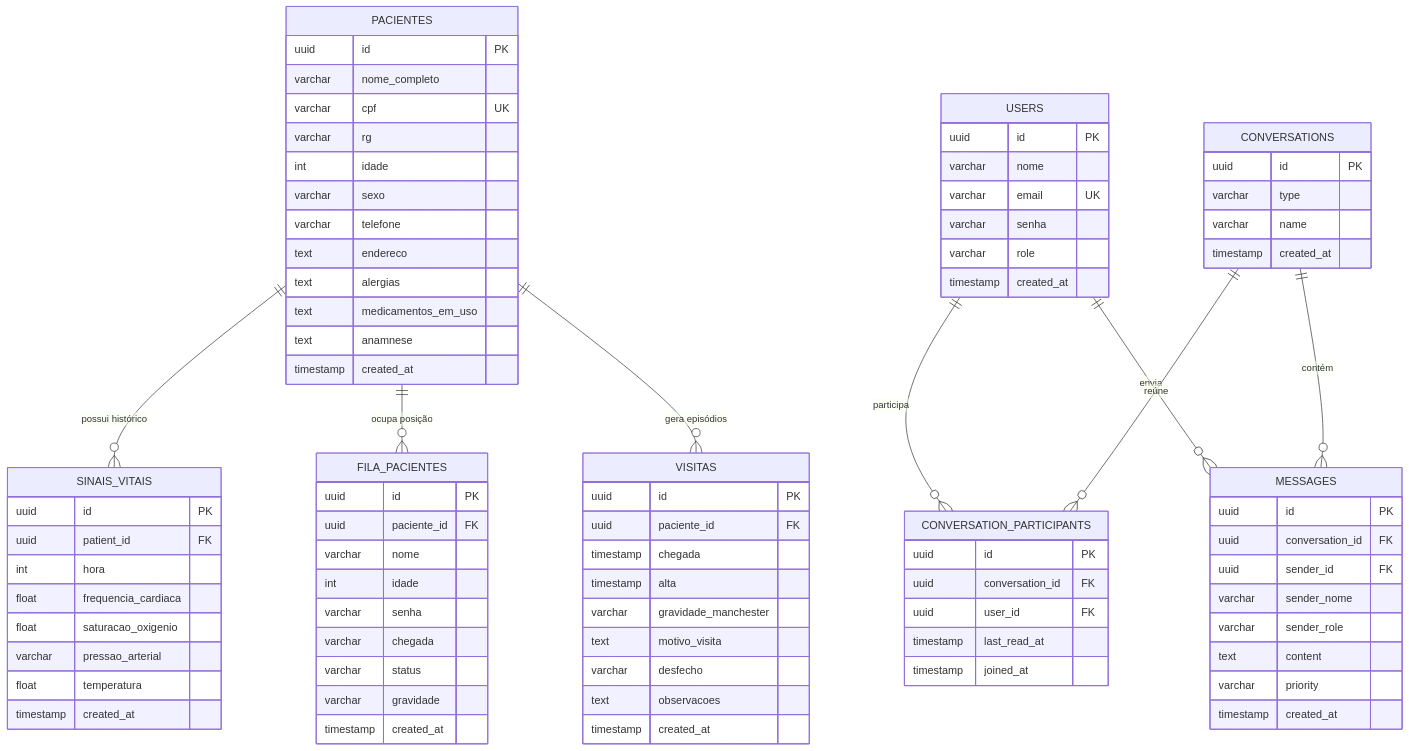
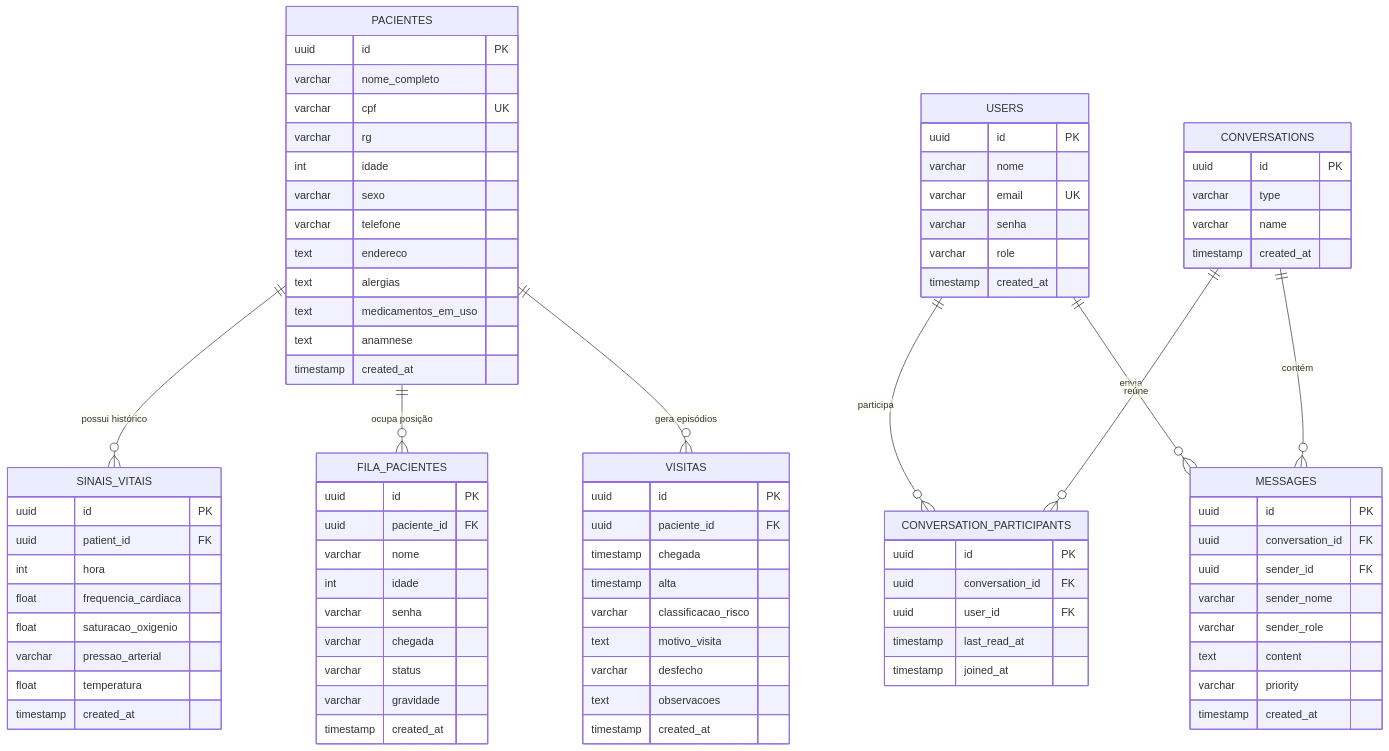
Before and after one commit to MikaelDiogo/HealthHub_Mono: diagram 11 of 31 in DOCUMENTO_ENGENHARIA_SOFTWARE.md, drawn with Mermaid. The commit also changed other lines of this file and 63 other files, not shown here.

First line of the commit message:
refactor: migra a esteira de Manchester para classificação de risco (cores manuais, sem tempos-alvo)

```diff
--- a/DOCUMENTO_ENGENHARIA_SOFTWARE.md
+++ b/DOCUMENTO_ENGENHARIA_SOFTWARE.md
@@ -827,7 +821,7 @@
         uuid paciente_id FK
         timestamp chegada
         timestamp alta
-        varchar gravidade_manchester
+        varchar classificacao_risco
         text motivo_visita
         varchar desfecho
         text observacoes
```
